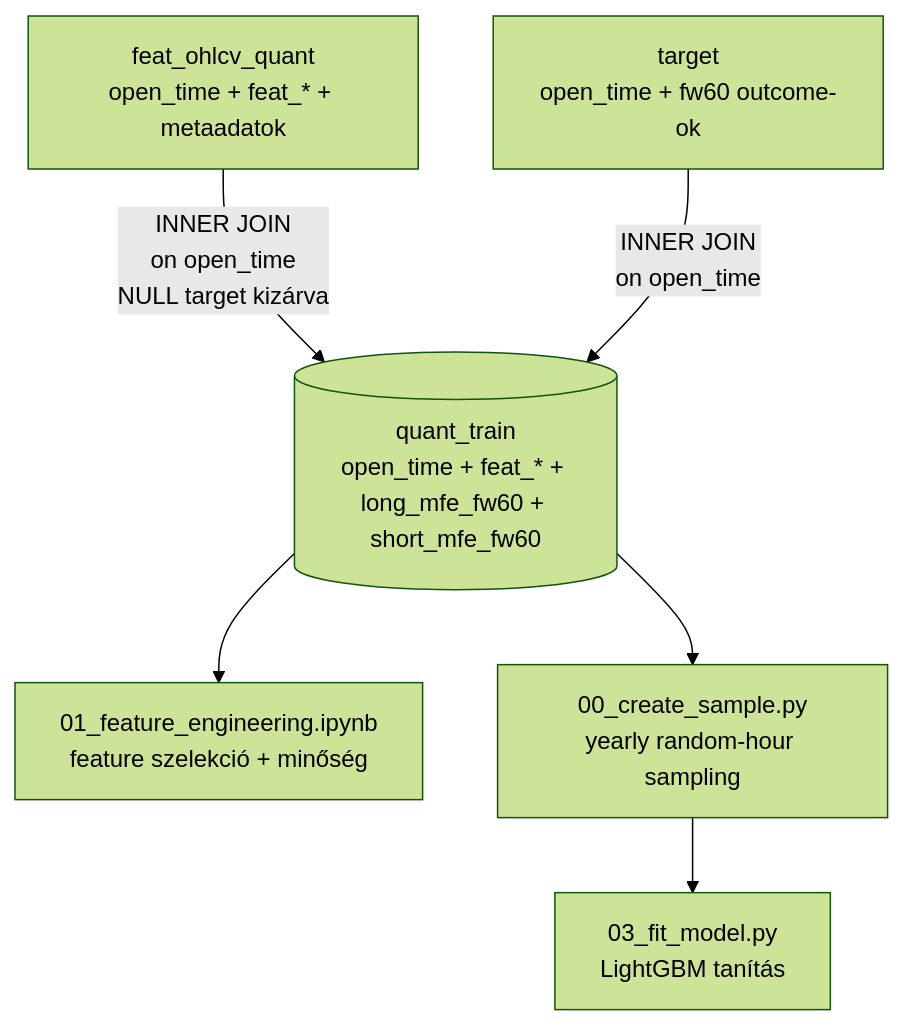
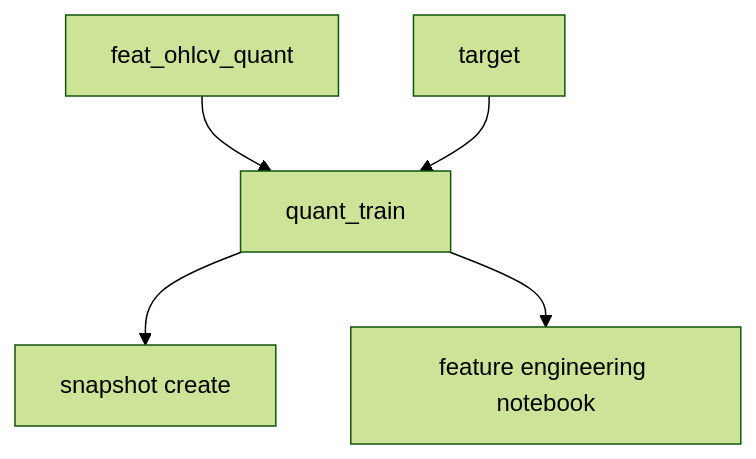
Before and after one commit to Nemesis14/chronoquant: the first of 3 diagrams in _doc_/methodology_doc/4000_quant_train.md, drawn with Mermaid (forest theme). The commit also changed other lines of this file and 170 other files, not shown here.

````diff
--- a/_doc_/methodology_doc/4000_quant_train.md
+++ b/_doc_/methodology_doc/4000_quant_train.md
@@ -9,15 +9,13 @@
 ```mermaid
 flowchart TD
-  F[feat_ohlcv_quant\nopen_time + feat_* + metaadatok]
-  T[target\nopen_time + fw60 outcome-ok]
-  QT[(quant_train\nopen_time + feat_* + long_mfe_fw60 + short_mfe_fw60)]
-  FE[01_feature_engineering.ipynb\nfeature szelekció + minőség]
-  SM[00_create_sample.py\nyearly random-hour sampling]
-  LGBM[03_fit_model.py\nLightGBM tanítás]
+  FEAT[feat_ohlcv_quant]
+  TGT[target]
+  QT[quant_train]
+  SNAP[snapshot create]
+  FE[feature engineering notebook]
 
-  F -->|INNER JOIN\non open_time\nNULL target kizárva| QT
-  T -->|INNER JOIN\non open_time| QT
+  FEAT --> QT
+  TGT --> QT
+  QT --> SNAP
   QT --> FE
-  QT --> SM
-  SM --> LGBM
 ```
````
